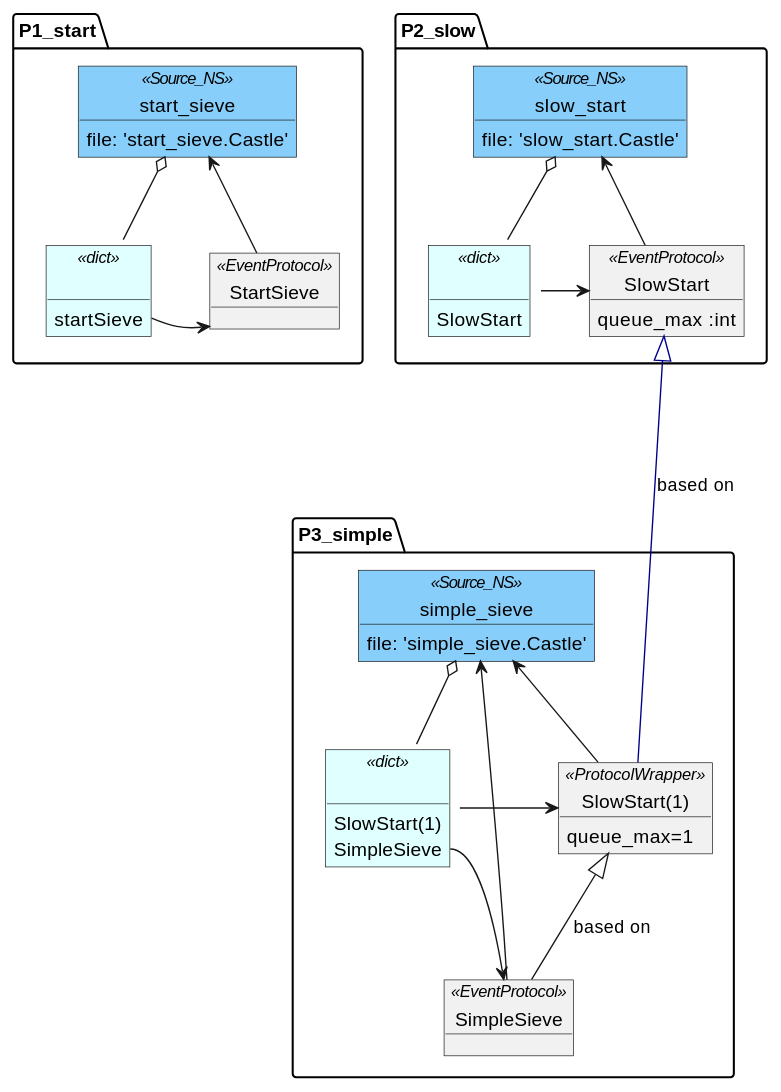
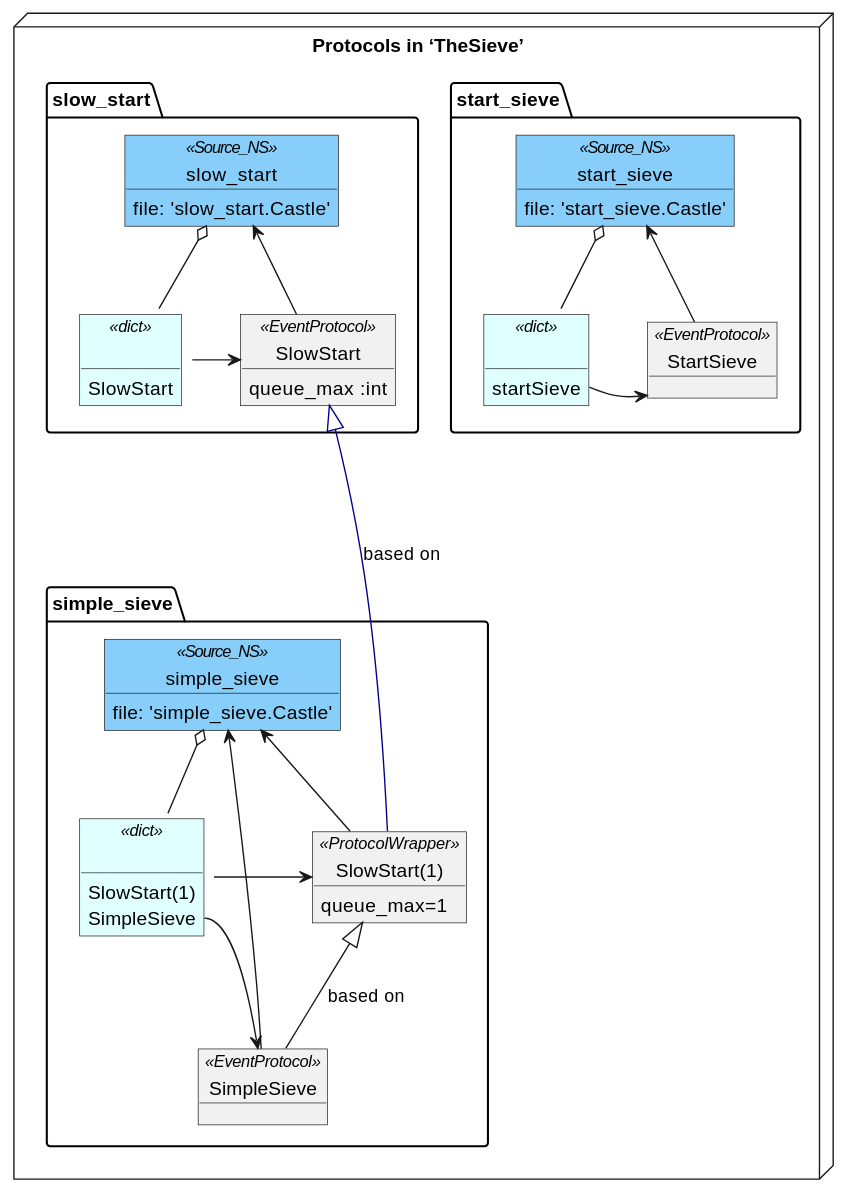
Before and after one commit to AlbertMietus/DocIdeas.hg: the diagram in CCastle/DocParts/Design/231016_NS.rst, drawn with PlantUML.

Commit message:
DesignDiagram: Sieve-NS: Put the 3 NS'ses in a package

```diff
--- a/CCastle/DocParts/Design/231016_NS.rst
+++ b/CCastle/DocParts/Design/231016_NS.rst
@@ -4,62 +4,59 @@
 .. uml::
 
    @startuml
 
-   package P1_start {
-      object start_sieve <<Source_NS>> #LightSkyBlue {
-        file: 'start_sieve.Castle'
-      }
-      object " " as P1_d <<dict>> #lightcyan {
-        startSieve
-      }
-      object StartSieve <<EventProtocol>>
+   package "Protocols in ‘TheSieve’" <<Node>> {
+      package start_sieve {
+         object start_sieve <<Source_NS>> #LightSkyBlue {
+           file: 'start_sieve.Castle'
+         }
+         object " " as P1_d <<dict>> #lightcyan {
+           startSieve
+         }
+         object StartSieve <<EventProtocol>>
 
-      start_sieve       o--  P1_d
-      P1_d::startSieve  ->   StartSieve
-      start_sieve       <--  StartSieve
-   }
-
-
-   '------------------
-
-   package P2_slow {
-      object slow_start <<Source_NS>> #LightSkyBlue {
-        file: 'slow_start.Castle'
-      }
-      object " " as P2_d <<dict>> #lightcyan {
-        SlowStart
-      }
-      object SlowStart  <<EventProtocol>> {
-        queue_max :int
+         start_sieve       o--  P1_d
+         P1_d::startSieve  ->   StartSieve
+         start_sieve       <--  StartSieve
       }
 
-      slow_start       o-- P2_d
-      P2_d::slowStart  ->  SlowStart
-      slow_start       <-- SlowStart
+      package slow_start {
+         object slow_start <<Source_NS>> #LightSkyBlue {
+           file: 'slow_start.Castle'
+         }
+         object " " as P2_d <<dict>> #lightcyan {
+           SlowStart
+         }
+         object SlowStart  <<EventProtocol>> {
+           queue_max :int
+         }
+
+         slow_start       o-- P2_d
+         P2_d::slowStart  ->  SlowStart
+         slow_start       <-- SlowStart
+      }
+
+      package simple_sieve {
+         object simple_sieve <<Source_NS>> #LightSkyBlue {
+           file: 'simple_sieve.Castle'
+         }
+         object " " as P3_d <<dict>> #lightcyan {
+           SlowStart(1)
+           SimpleSieve
+         }
+         object "SlowStart(1)" as SlowStart_1 <<ProtocolWrapper>> {
+            queue_max=1
+         }
+         object SimpleSieve <<EventProtocol>>
+         SlowStart_1 <|-- SimpleSieve: based on
+
+         simple_sieve        o-- P3_d
+         P3_d::SlowStart_1   ->  SlowStart_1
+         P3_d::SimpleSieve   ->  SimpleSieve
+         simple_sieve       <-- SlowStart_1
+         simple_sieve       <--- SimpleSieve
+      }
+
+      SlowStart   <|---- SlowStart_1 #darkblue : based on
    }
-
-   '------------------
-
-   package P3_simple {
-      object simple_sieve <<Source_NS>> #LightSkyBlue {
-        file: 'simple_sieve.Castle'
-      }
-      object " " as P3_d <<dict>> #lightcyan {
-        SlowStart(1)
-        SimpleSieve
-      }
-      object "SlowStart(1)" as SlowStart_1 <<ProtocolWrapper>> {
-         queue_max=1
-      }
-      object SimpleSieve <<EventProtocol>>
-      SlowStart_1 <|-- SimpleSieve: based on
-
-      simple_sieve        o-- P3_d
-      P3_d::SlowStart_1   ->  SlowStart_1
-      P3_d::SimpleSieve   ->  SimpleSieve
-      simple_sieve       <-- SlowStart_1
-      simple_sieve       <--- SimpleSieve
-   }
-
-   SlowStart   <|---- SlowStart_1 #darkblue : based on
-   @enduml   
+   @enduml
```
